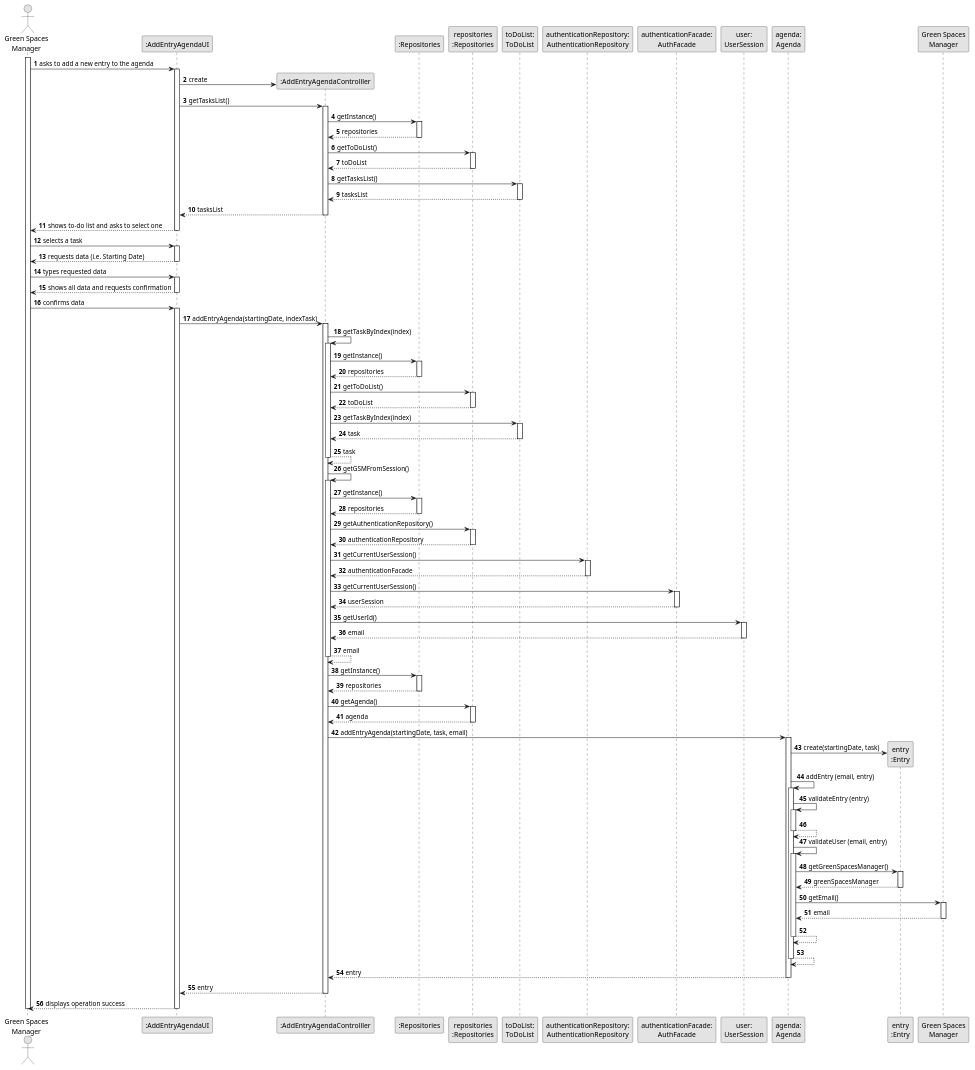
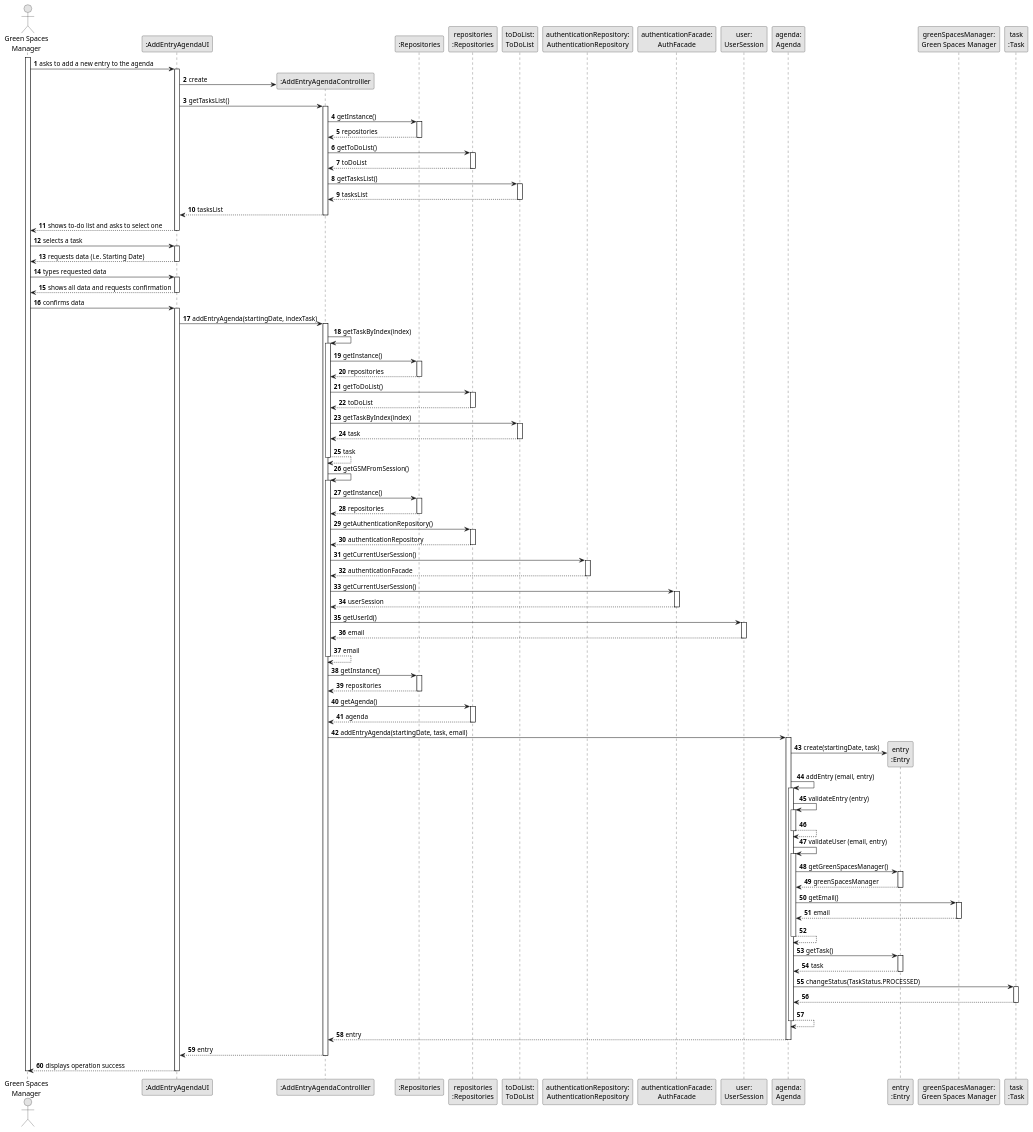
The diagram in docs/sprintA&B&C/us022/03.design/puml/us022-sequence-diagram-full.puml (daniel41silva05/ISEP_2023_2024_LAPR2), drawn with PlantUML before and after one commit. The commit also changed 6 other files, not shown here.

Commit message:
US22/US23/US26 - Update Sequence Diagram + Rationale #10 #11 #12

```diff
--- a/docs/sprintA&B&C/us022/03.design/puml/us022-sequence-diagram-full.puml
+++ b/docs/sprintA&B&C/us022/03.design/puml/us022-sequence-diagram-full.puml
@@ -17,7 +17,8 @@
 participant "user:\nUserSession" as user
 participant "agenda:\nAgenda" as agenda
 participant "entry\n:Entry" as ENTRY
-participant "Green Spaces\nManager" as USER
+participant "greenSpacesManager:\nGreen Spaces Manager" as USER
+participant "task\n:Task" as TASK
 
 activate GSM
 
@@ -175,6 +176,18 @@
                 agenda --> agenda
                 deactivate agenda
 
+                agenda -> ENTRY: getTask()
+                activate ENTRY
+
+                ENTRY --> agenda: task
+                deactivate ENTRY
+
+                agenda -> TASK: changeStatus(TaskStatus.PROCESSED)
+                activate TASK
+
+                TASK --> agenda
+                deactivate TASK
+
                 agenda --> agenda
                 deactivate agenda
 
```
